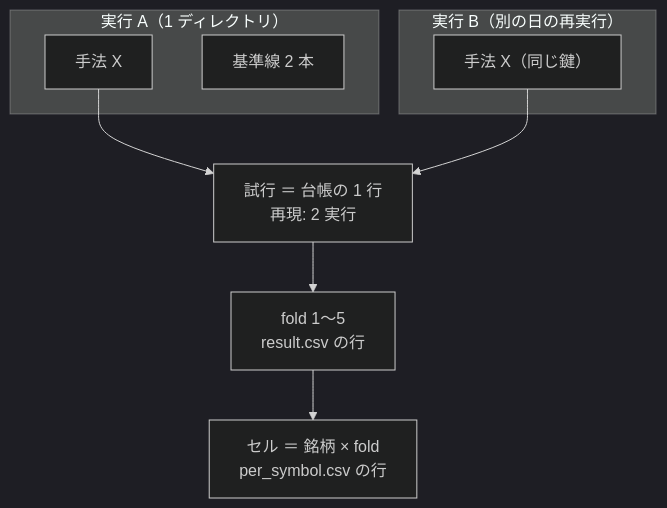
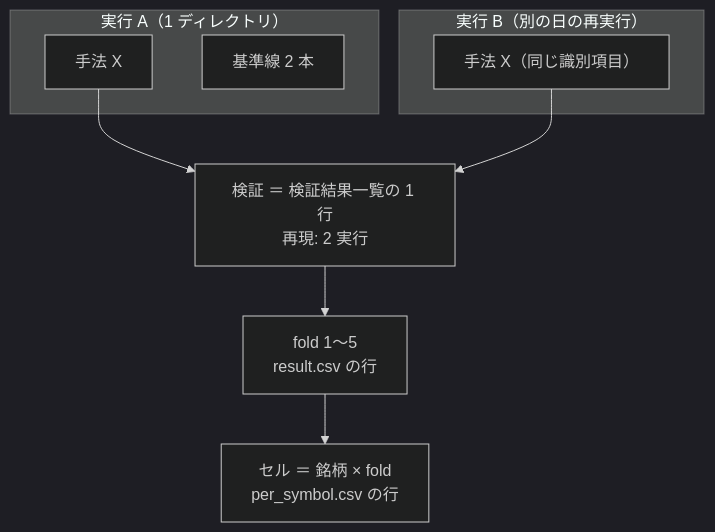
One commit to akiraak/ai-income-lab changed the second of 9 diagrams in docs/specs/experiments/feature-discovery/units.md. Above: the diagram before and after it, drawn with Mermaid (dark theme). The commit also changed other lines of this file and 52 other files, not shown here.

````diff
--- a/docs/specs/experiments/feature-discovery/units.md
+++ b/docs/specs/experiments/feature-discovery/units.md
@@ -41,14 +41,14 @@
 ```mermaid
 flowchart TB
   subgraph runA["実行 A（1 ディレクトリ）"]
     MA["手法 X"]
     BA["基準線 2 本"]
   end
   subgraph runB["実行 B（別の日の再実行）"]
-    MB["手法 X（同じ鍵）"]
+    MB["手法 X（同じ識別項目）"]
   end
-  MA --> T["試行 ＝ 台帳の 1 行<br/>再現: 2 実行"]
+  MA --> T["検証 ＝ 検証結果一覧の 1 行<br/>再現: 2 実行"]
   MB --> T
   T --> F["fold 1〜5<br/>result.csv の行"]
   F --> CELL["セル ＝ 銘柄 × fold<br/>per_symbol.csv の行"]
 ```
````
